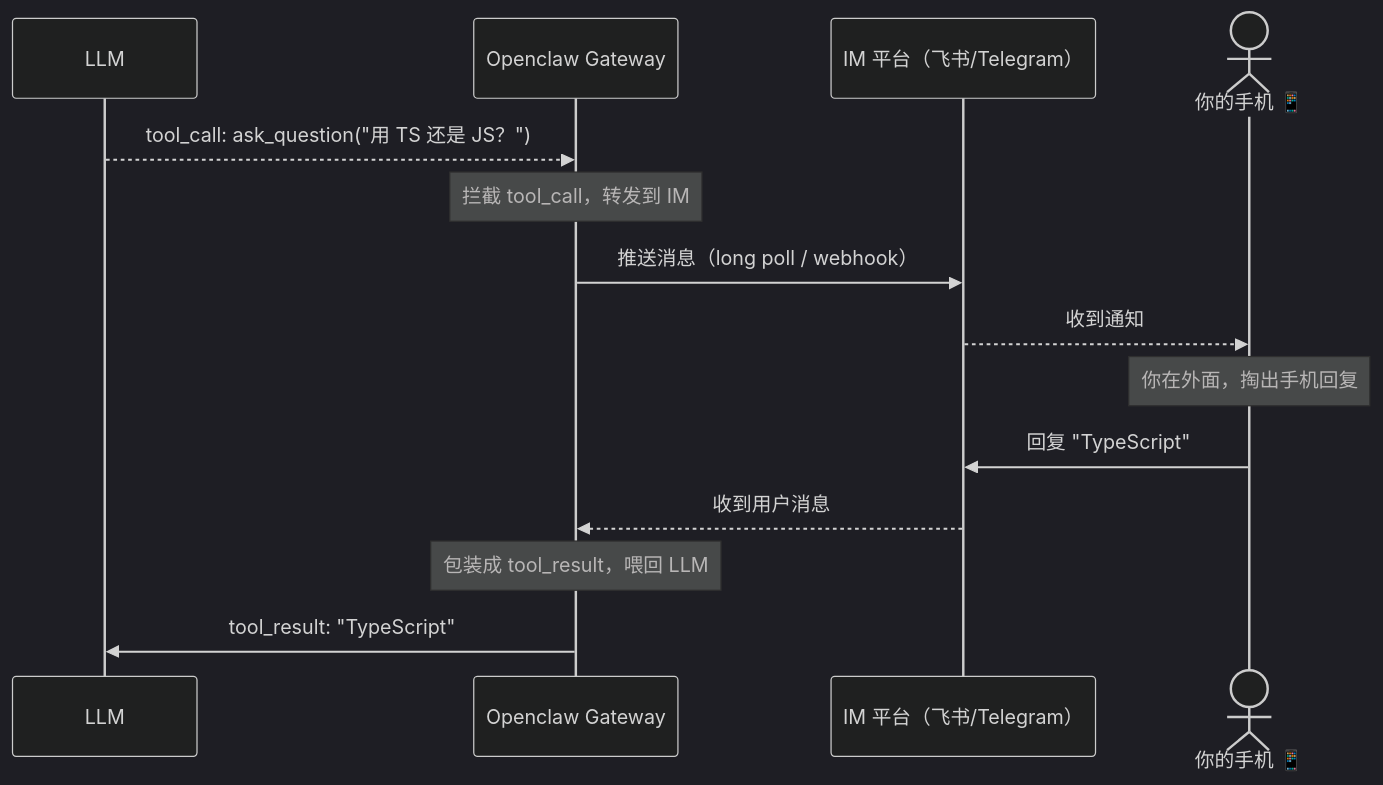
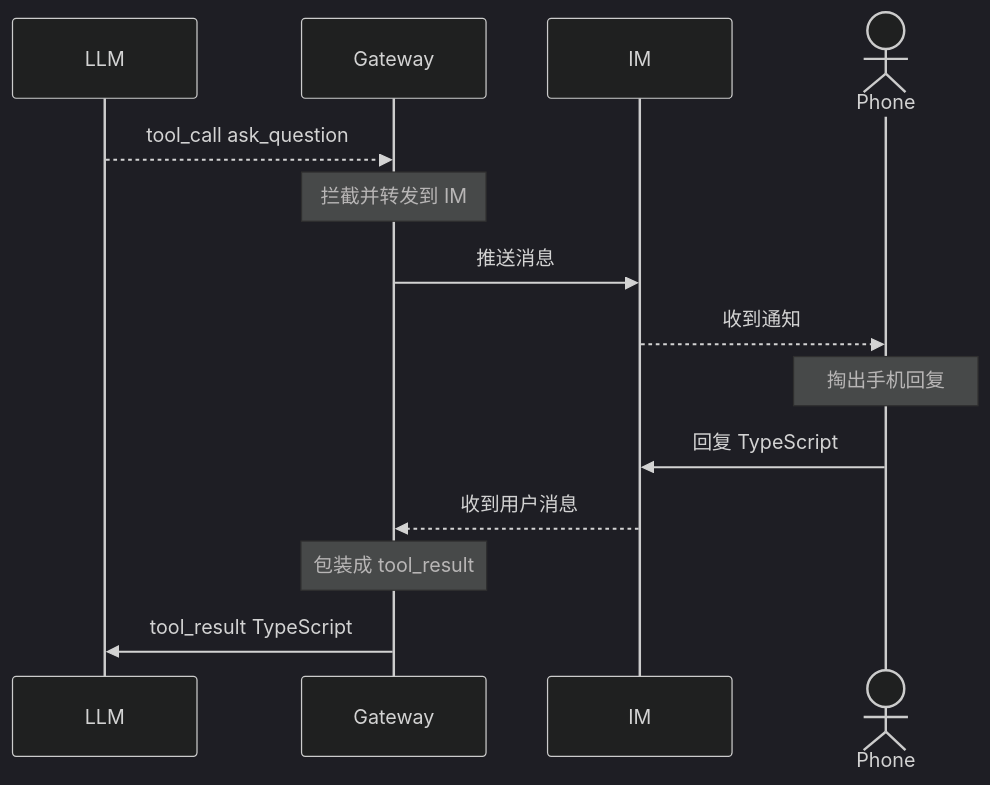
The fourth of 5 diagrams in content/posts/openclaw-demystified.md (youkale/usedong.com), drawn with Mermaid (dark theme) before and after one commit. The commit also changed other lines of this file and 1 other file, not shown here.

Commit message:
feat: add mermaid

````diff
--- a/content/posts/openclaw-demystified.md
+++ b/content/posts/openclaw-demystified.md
@@ -346,23 +346,23 @@
 ```mermaid
 sequenceDiagram
-    participant LLM as LLM
-    participant GW as Openclaw Gateway
-    participant IM as IM 平台（飞书/Telegram）
-    actor Phone as 你的手机 📱
+    participant AI as LLM
+    participant GW as Gateway
+    participant IM as IM
+    actor PH as Phone
 
-    LLM-->>GW: tool_call: ask_question("用 TS 还是 JS？")
+    AI-->>GW: tool_call ask_question
 
-    Note over GW: 拦截 tool_call，转发到 IM
+    Note over GW: 拦截并转发到 IM
 
-    GW->>IM: 推送消息（long poll / webhook）
-    IM-->>Phone: 收到通知
+    GW->>IM: 推送消息
+    IM-->>PH: 收到通知
 
-    Note over Phone: 你在外面，掏出手机回复
+    Note over PH: 掏出手机回复
 
-    Phone->>IM: 回复 "TypeScript"
+    PH->>IM: 回复 TypeScript
     IM-->>GW: 收到用户消息
 
-    Note over GW: 包装成 tool_result，喂回 LLM
+    Note over GW: 包装成 tool_result
 
-    GW->>LLM: tool_result: "TypeScript"
+    GW->>AI: tool_result TypeScript
 ```
````
